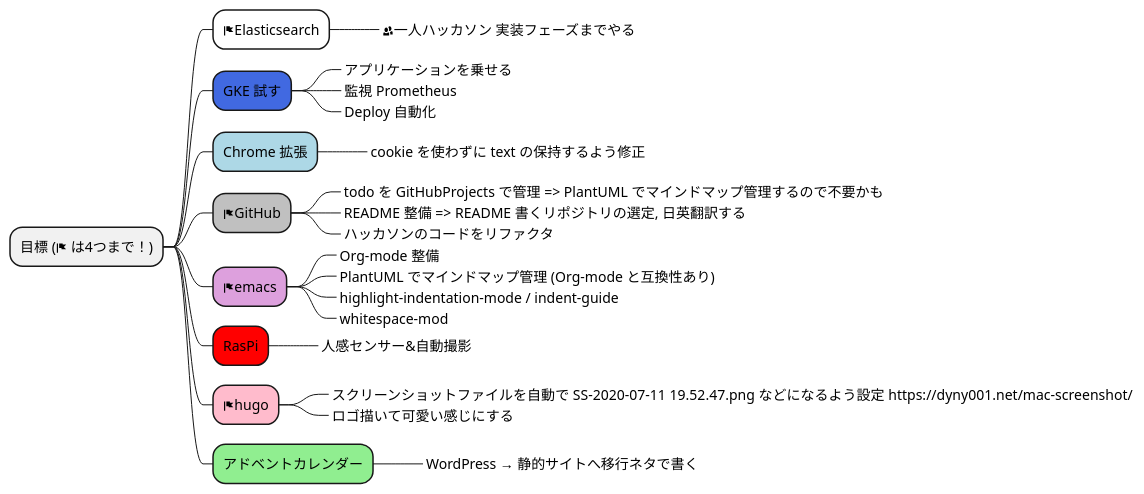
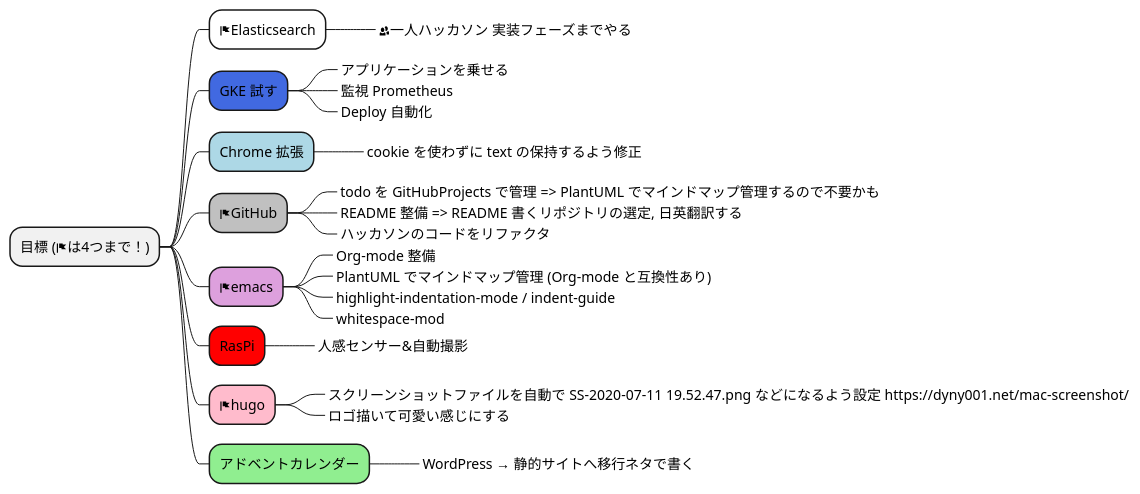
One commit to Ishizuka427/MindMap changed the diagram in test.puml. Above: the diagram before and after it, drawn with PlantUML.

```diff
--- a/test.puml
+++ b/test.puml
@@ -1,27 +1,27 @@
 @startmindmap
-* 目標 (<&flag> は4つまで！)
+* 目標 (<&flag>は4つまで！)
 **[#white] <&flag>Elasticsearch
 ***_ <&people>一人ハッカソン 実装フェーズまでやる
 **[#royalblue] GKE 試す
 ***_ アプリケーションを乗せる
 ***_ 監視 Prometheus
 ***_ Deploy 自動化 
 **[#lightblue] Chrome 拡張
 ***_ cookie を使わずに text の保持するよう修正
 **[#silver] <&flag>GitHub
 ***_ todo を GitHubProjects で管理 => PlantUML でマインドマップ管理するので不要かも
 ***_ README 整備 => README 書くリポジトリの選定, 日英翻訳する
 ***_ ハッカソンのコードをリファクタ
 **[#plum] <&flag>emacs
 ***_ Org-mode 整備
 ***_ PlantUML でマインドマップ管理 (Org-mode と互換性あり)
 ***_ highlight-indentation-mode / indent-guide
 ***_ whitespace-mod
 **[#red] RasPi
 ***_ 人感センサー&自動撮影
 **[#FFBBCC] <&flag>hugo
 ***_ スクリーンショットファイルを自動で SS-2020-07-11 19.52.47.png などになるよう設定 https://dyny001.net/mac-screenshot/
 ***_ ロゴ描いて可愛い感じにする
 **[#lightgreen] アドベントカレンダー
 ***_ WordPress → 静的サイトへ移行ネタで書く
 @endmindmap
```
